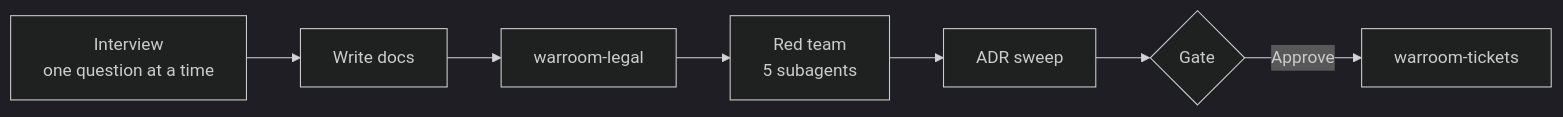
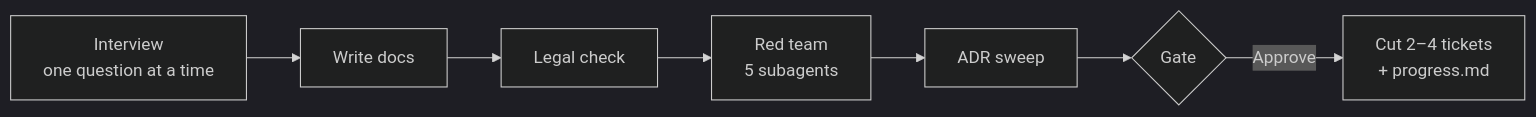
The second of 5 diagrams in docs/flow.md (mousemouse094526/kiki-kit), drawn with Mermaid (dark theme) before and after one commit. The commit also changed other lines of this file and 27 other files, not shown here.

First line of the commit message:
refactor(warroom)!: three skills, few big tickets, one progress file

````diff
--- a/docs/flow.md
+++ b/docs/flow.md
@@ -71,13 +45,13 @@
 ```mermaid
 flowchart LR
     I["Interview<br/>one question at a time"]
     DOC["Write docs"]
-    LG["warroom-legal"]
+    LG["Legal check"]
     RT["Red team<br/>5 subagents"]
     S["ADR sweep"]
     G{"Gate"}
-    TK["warroom-tickets"]
+    TK["Cut 2–4 tickets<br/>+ progress.md"]
 
     I --> DOC --> LG --> RT --> S --> G
     G -->|Approve| TK
 ```
````
